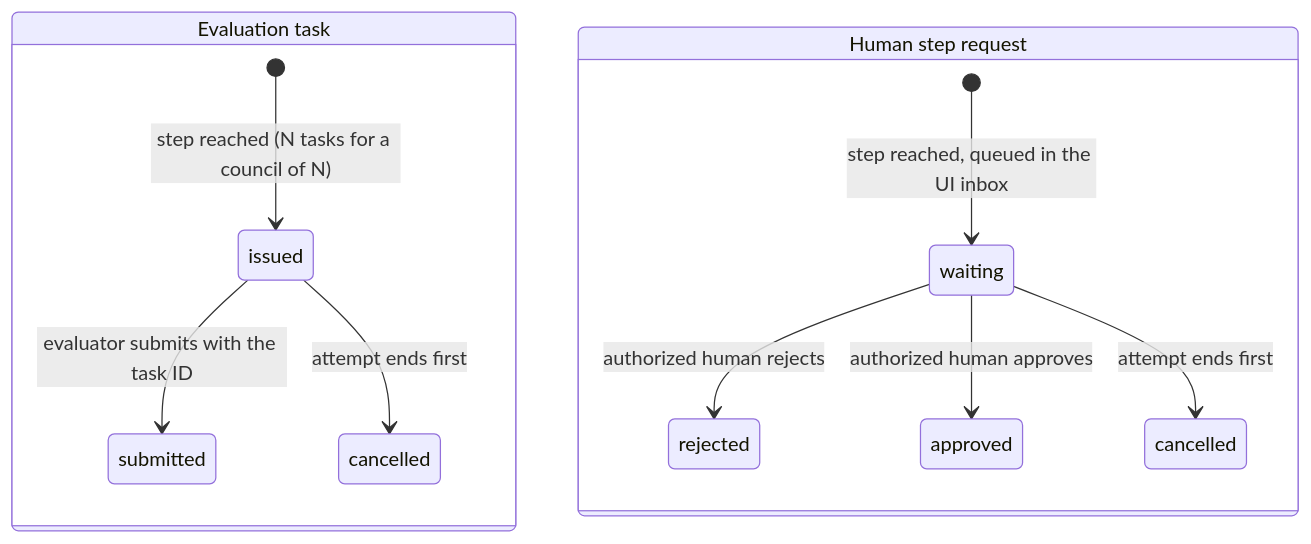
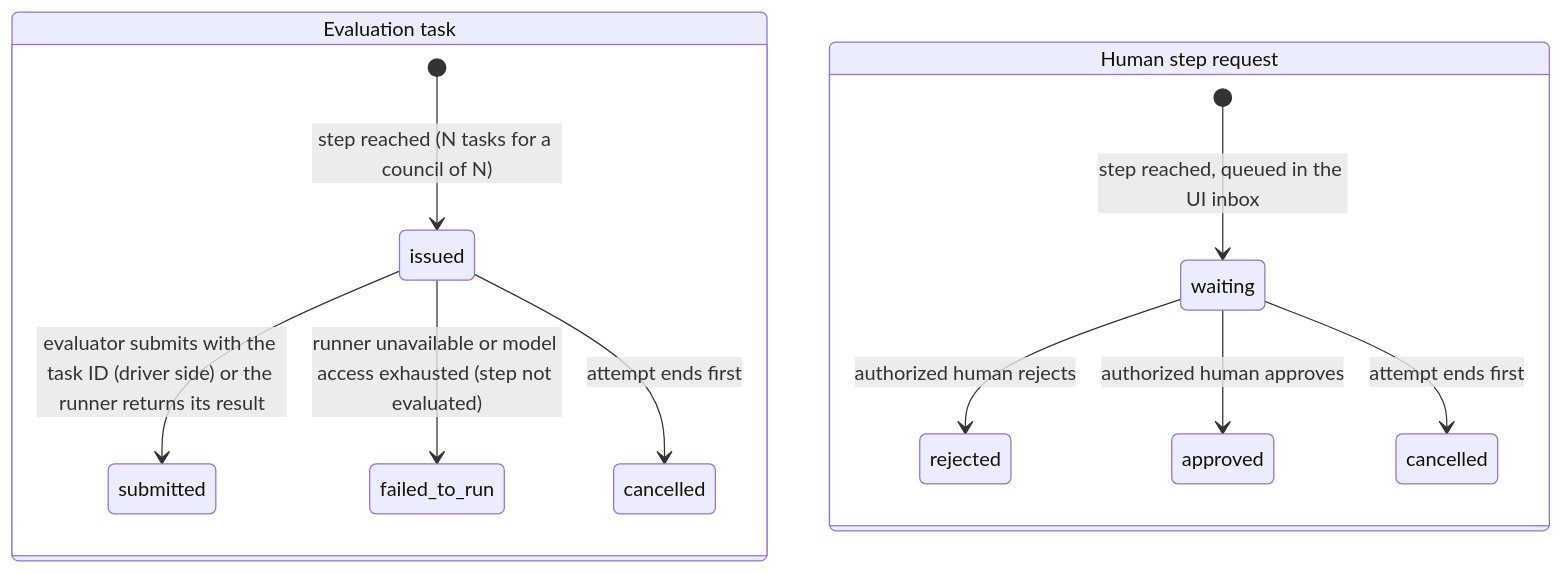
Before and after one commit to JoDi-27/ai-workflow-poc: the eighth of 9 diagrams in docs/concepts/model.md, drawn with Mermaid. The commit also changed other lines of this file and 6 other files, not shown here.

````diff
--- a/docs/concepts/model.md
+++ b/docs/concepts/model.md
@@ -160,16 +164,17 @@
 ```mermaid
 stateDiagram-v2
   state "Evaluation task" as ET {
     [*] --> issued : step reached (N tasks for a council of N)
-    issued --> submitted : evaluator submits with the task ID
+    issued --> submitted : evaluator submits with the task ID (driver side) or the runner returns its result
+    issued --> failed_to_run : runner unavailable or model access exhausted (step not evaluated)
     issued --> cancelled : attempt ends first
   }
   state "Human step request" as HS {
     state "rejected" as hs_rejected
     state "cancelled" as hs_cancelled
     [*] --> waiting : step reached, queued in the UI inbox
     waiting --> approved : authorized human approves
     waiting --> hs_rejected : authorized human rejects
     waiting --> hs_cancelled : attempt ends first
   }
 ```
````
